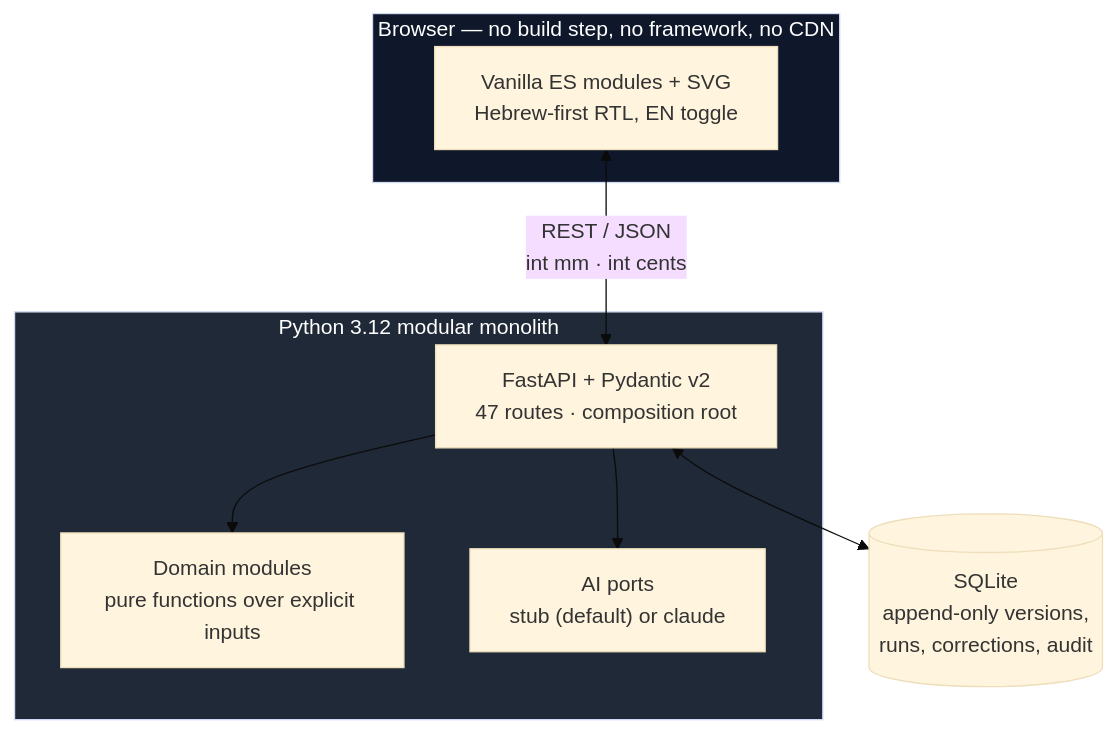
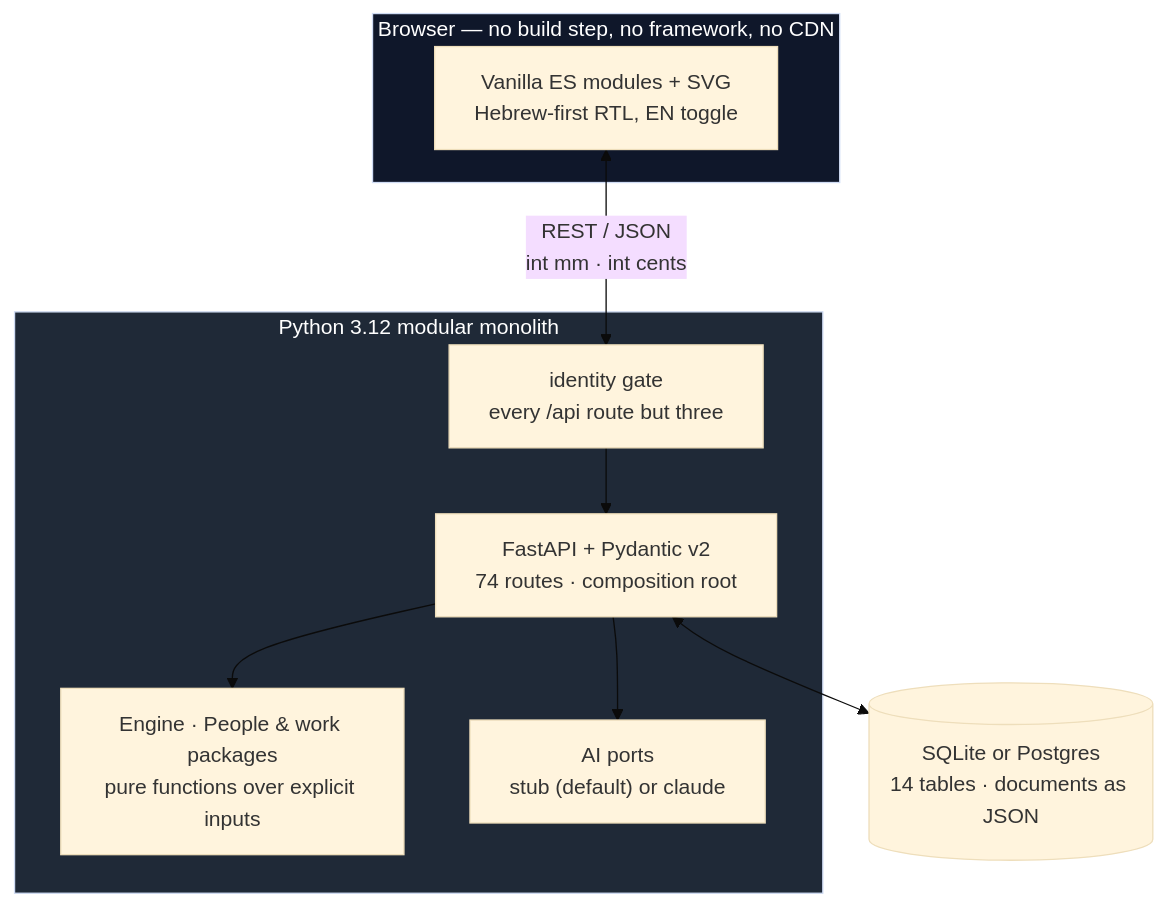
The third of 5 diagrams in docs/architecture/00-overview.md (spicysauce1955-stack/BOM), drawn with Mermaid (base theme) before and after one commit. The commit also changed other lines of this file and 14 other files, not shown here.

````diff
--- a/docs/architecture/00-overview.md
+++ b/docs/architecture/00-overview.md
@@ -44,22 +121,24 @@
 ```mermaid
 flowchart TB
     subgraph BROWSER["Browser — no build step, no framework, no CDN"]
         UI["Vanilla ES modules + SVG<br/>Hebrew-first RTL, EN toggle"]
     end
 
     subgraph SERVER["Python 3.12 modular monolith"]
-        API["FastAPI + Pydantic v2<br/>47 routes · composition root"]
-        DOM["Domain modules<br/>pure functions over explicit inputs"]
+        GATE["identity gate<br/>every /api route but three"]
+        API["FastAPI + Pydantic v2<br/>74 routes · composition root"]
+        DOM["Engine · People & work packages<br/>pure functions over explicit inputs"]
         AIP["AI ports<br/>stub (default) or claude"]
     end
 
-    DB[("SQLite<br/>append-only versions,<br/>runs, corrections, audit")]
+    DB[("SQLite or Postgres<br/>14 tables · documents as JSON")]
 
-    UI <-->|"REST / JSON<br/>int mm · int cents"| API
+    UI <-->|"REST / JSON<br/>int mm · int cents"| GATE
+    GATE --> API
     API --> DOM
     API --> AIP
     API <--> DB
 
     style BROWSER fill:#0f172a,color:#fff
     style SERVER fill:#1f2937,color:#fff
 ```
````
